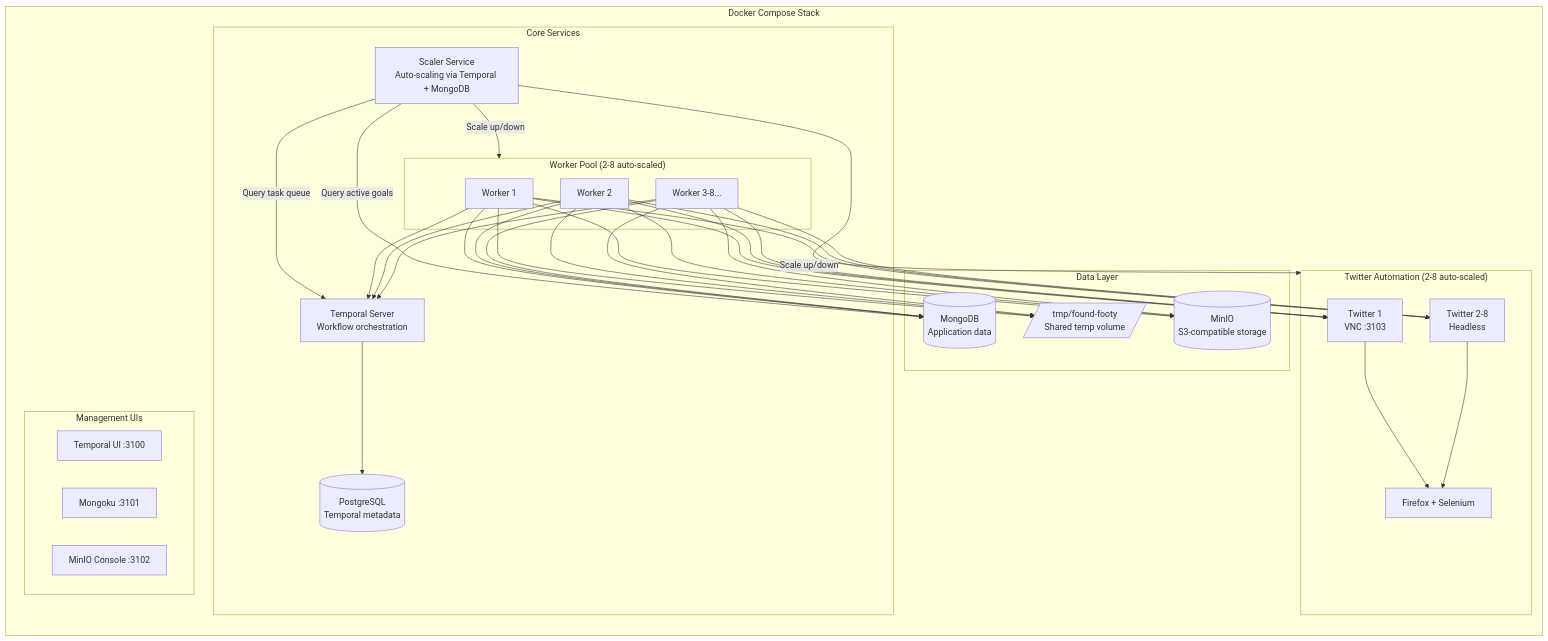
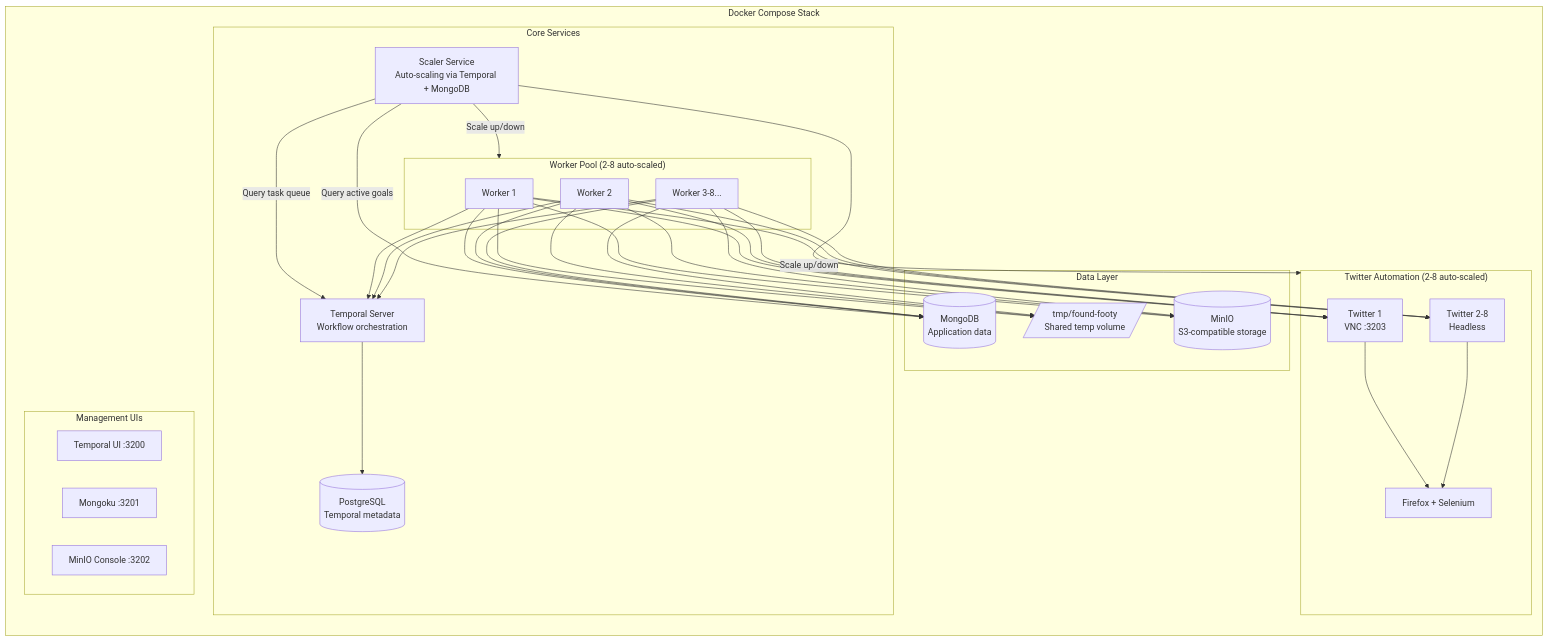
The eighth of 15 diagrams in README.md (vedantadhobley/found-footy), drawn with Mermaid before and after one commit. The commit also changed other lines of this file and 13 other files, not shown here.

````diff
--- a/README.md
+++ b/README.md
@@ -343,46 +343,46 @@
 ```mermaid
 flowchart TB
     subgraph DOCKER["Docker Compose Stack"]
         direction TB
         
         subgraph CORE["Core Services"]
             subgraph WORKERS["Worker Pool (2-8 auto-scaled)"]
                 W1[Worker 1]
                 W2[Worker 2]
                 WN[Worker 3-8...]
             end
             TEMPORAL[Temporal Server<br/>Workflow orchestration]
             POSTGRES[(PostgreSQL<br/>Temporal metadata)]
             SCALER[Scaler Service<br/>Auto-scaling via Temporal + MongoDB]
         end
         
         subgraph DATA["Data Layer"]
             MONGO[(MongoDB<br/>Application data)]
             MINIO[(MinIO<br/>S3-compatible storage)]
             TEMP[/tmp/found-footy<br/>Shared temp volume/]
         end
         
         subgraph TWITTER["Twitter Automation (2-8 auto-scaled)"]
-            T1[Twitter 1<br/>VNC :3103]
+            T1[Twitter 1<br/>VNC :3203]
             T2[Twitter 2-8<br/>Headless]
             FIREFOX[Firefox + Selenium]
         end
         
         subgraph UI["Management UIs"]
-            TEMPUI[Temporal UI :3100]
-            MONGOKU[Mongoku :3101]
-            MINIOUI[MinIO Console :3102]
+            TEMPUI[Temporal UI :3200]
+            MONGOKU[Mongoku :3201]
+            MINIOUI[MinIO Console :3202]
         end
     end
     
     SCALER -->|Query task queue| TEMPORAL
     SCALER -->|Query active goals| MONGO
     SCALER -->|Scale up/down| WORKERS & TWITTER
     W1 & W2 & WN --> TEMPORAL
     W1 & W2 & WN --> TEMP
     TEMPORAL --> POSTGRES
     W1 & W2 & WN --> MONGO
     W1 & W2 & WN --> MINIO
     W1 & W2 & WN --> T1 & T2
     T1 & T2 --> FIREFOX
 ```
````
